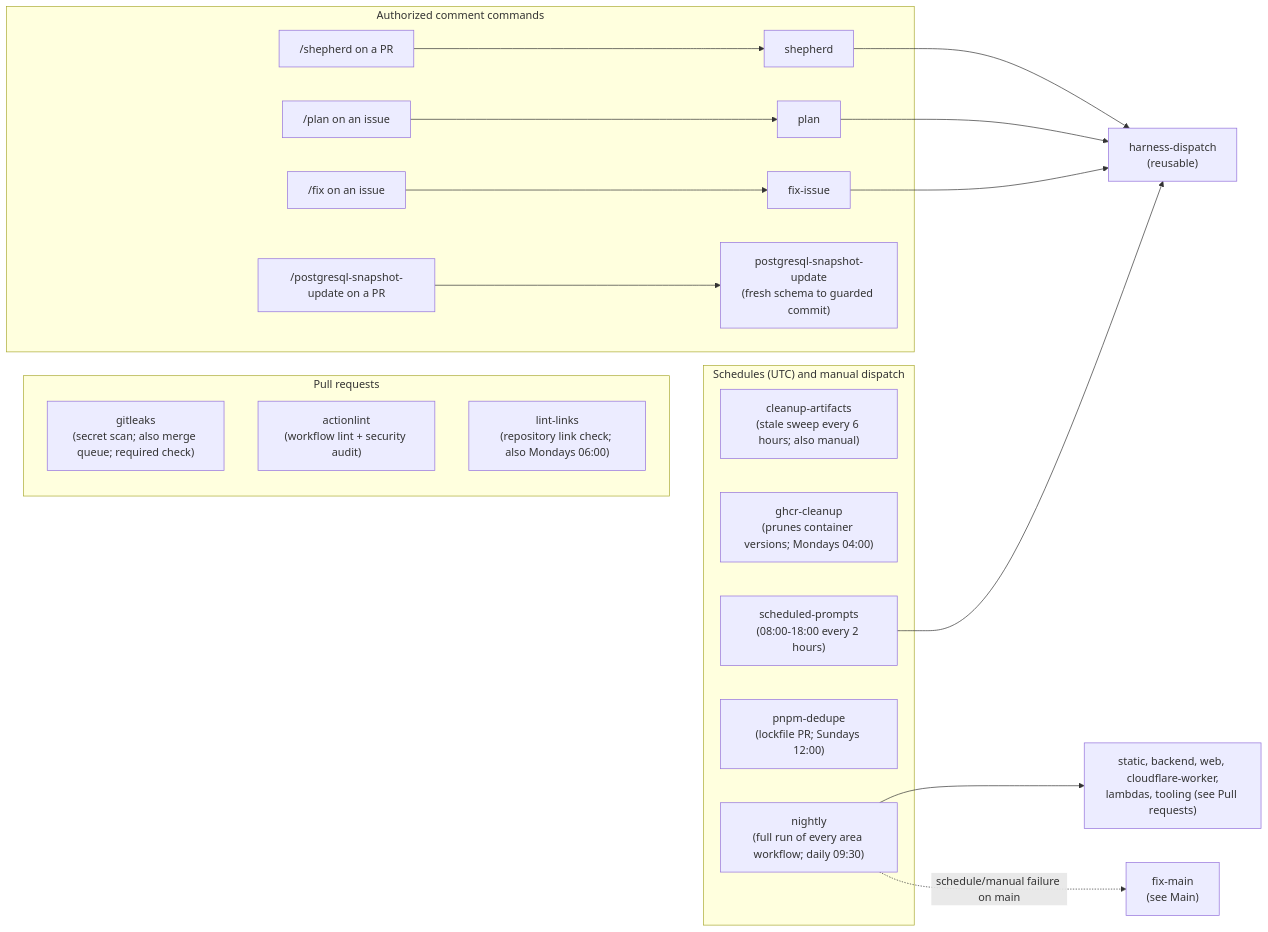
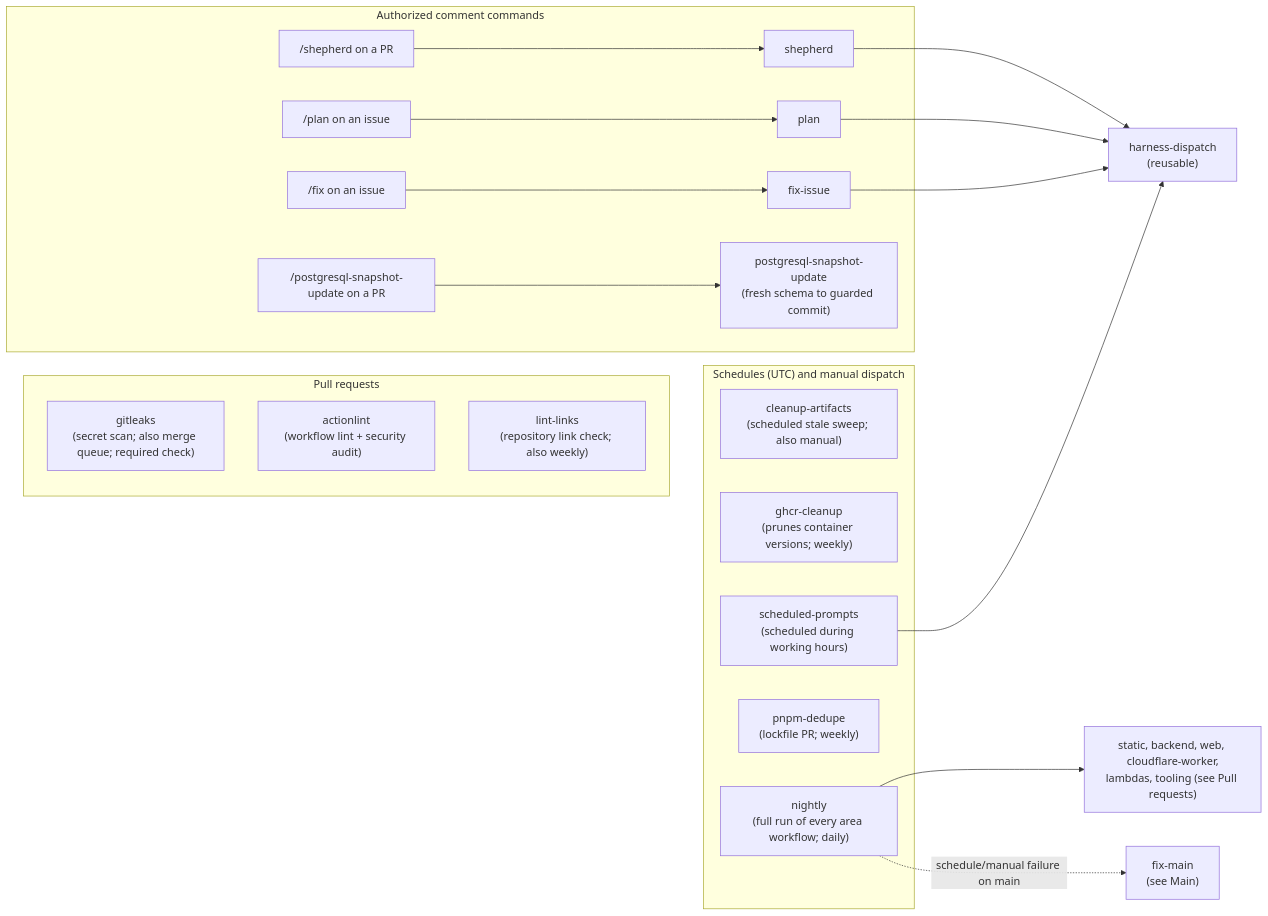
One commit to vouchington/vouchington changed the diagram in docs/development/ci/workflows/reference-workflow-automation-always-run.md. Above: the diagram before and after it, drawn with Mermaid. The commit also changed 250 other files, not shown here.

First line of the commit message:
docs(development): cut development docs to why, impact, and architecture

````diff
--- a/docs/development/ci/workflows/reference-workflow-automation-always-run.md
+++ b/docs/development/ci/workflows/reference-workflow-automation-always-run.md
@@ -13,34 +13,34 @@
 ```mermaid
 flowchart LR
     subgraph pull-requests["Pull requests"]
         gitleaks["gitleaks<br/>(secret scan; also merge queue; required check)"]
         actionlint["actionlint<br/>(workflow lint + security audit)"]
-        lint-links["lint-links<br/>(repository link check; also Mondays 06:00)"]
+        lint-links["lint-links<br/>(repository link check; also weekly)"]
     end
     subgraph schedules["Schedules (UTC) and manual dispatch"]
-        cleanup-artifacts["cleanup-artifacts<br/>(stale sweep every 6 hours; also manual)"]
-        ghcr-cleanup["ghcr-cleanup<br/>(prunes container versions; Mondays 04:00)"]
-        nightly["nightly<br/>(full run of every area workflow; daily 09:30)"]
-        pnpm-dedupe["pnpm-dedupe<br/>(lockfile PR; Sundays 12:00)"]
-        scheduled-prompts["scheduled-prompts<br/>(08:00-18:00 every 2 hours)"]
+        cleanup-artifacts["cleanup-artifacts<br/>(scheduled stale sweep; also manual)"]
+        ghcr-cleanup["ghcr-cleanup<br/>(prunes container versions; weekly)"]
+        nightly["nightly<br/>(full run of every area workflow; daily)"]
+        pnpm-dedupe["pnpm-dedupe<br/>(lockfile PR; weekly)"]
+        scheduled-prompts["scheduled-prompts<br/>(scheduled during working hours)"]
     end
     subgraph comment-commands["Authorized comment commands"]
         fix-issue-comment["/fix on an issue"]
         plan-comment["/plan on an issue"]
         shepherd-comment["/shepherd on a PR"]
         snapshot-comment["/postgresql-snapshot-update on a PR"]
         fix-issue-comment --> fix-issue["fix-issue"]
         plan-comment --> plan["plan"]
         shepherd-comment --> shepherd["shepherd"]
         snapshot-comment --> postgresql-snapshot-update["postgresql-snapshot-update<br/>(fresh schema to guarded commit)"]
     end
     harness-dispatch["harness-dispatch<br/>(reusable)"]
     fix-main-ref["fix-main<br/>(see Main)"]
     area-workflows-ref["static, backend, web, cloudflare-worker,<br/>lambdas, tooling (see Pull requests)"]
     nightly --> area-workflows-ref
     nightly -. "schedule/manual failure on main" .-> fix-main-ref
     scheduled-prompts --> harness-dispatch
     fix-issue --> harness-dispatch
     plan --> harness-dispatch
     shepherd --> harness-dispatch
 ```
````
